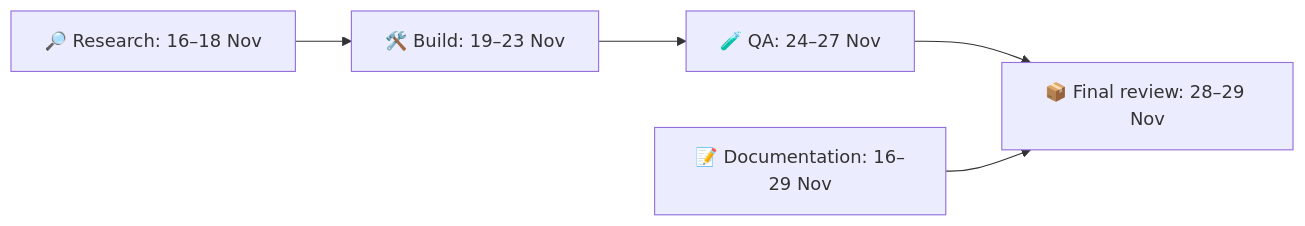
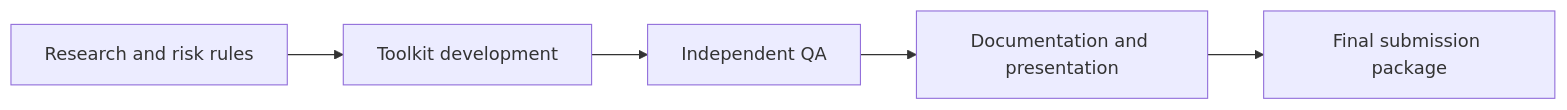
The second of 2 diagrams in README.md (ayuba-amadi/third-party-cyber-risk-vendor-assurance-toolkit), drawn with Mermaid before and after one commit. The commit also changed other lines of this file and 9 other files, not shown here.

````diff
--- a/README.md
+++ b/README.md
@@ -16,5 +99,7 @@
 ```mermaid
 flowchart LR
-  R["🔎 Research: 16–18 Nov"] --> D["🛠️ Build: 19–23 Nov"] --> Q["🧪 QA: 24–27 Nov"] --> F["📦 Final review: 28–29 Nov"]
-  P["📝 Documentation: 16–29 Nov"] --> F
+    R[Research and risk rules] --> B[Toolkit development]
+    B --> Q[Independent QA]
+    Q --> D[Documentation and presentation]
+    D --> F[Final submission package]
 ```
````
